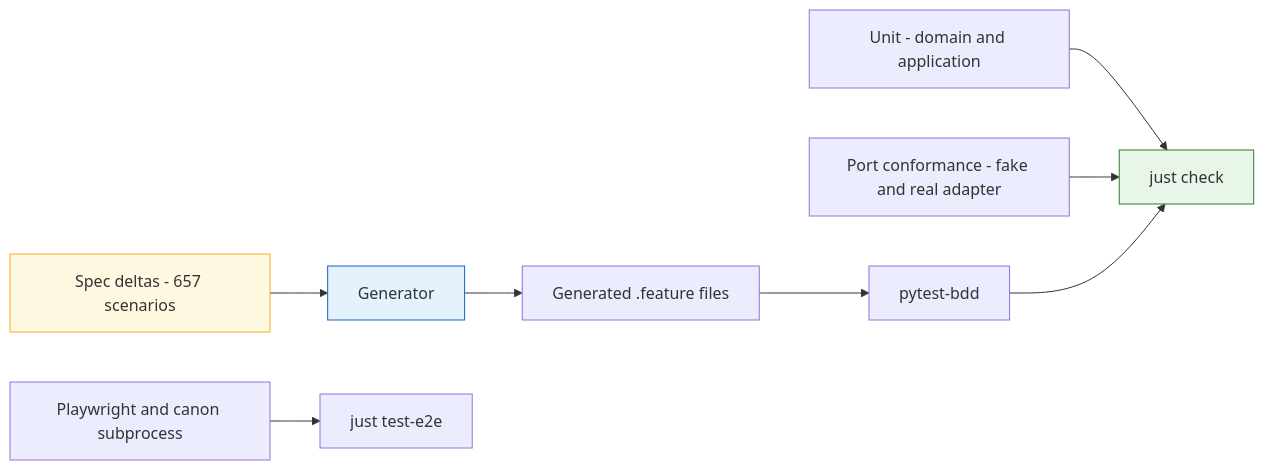
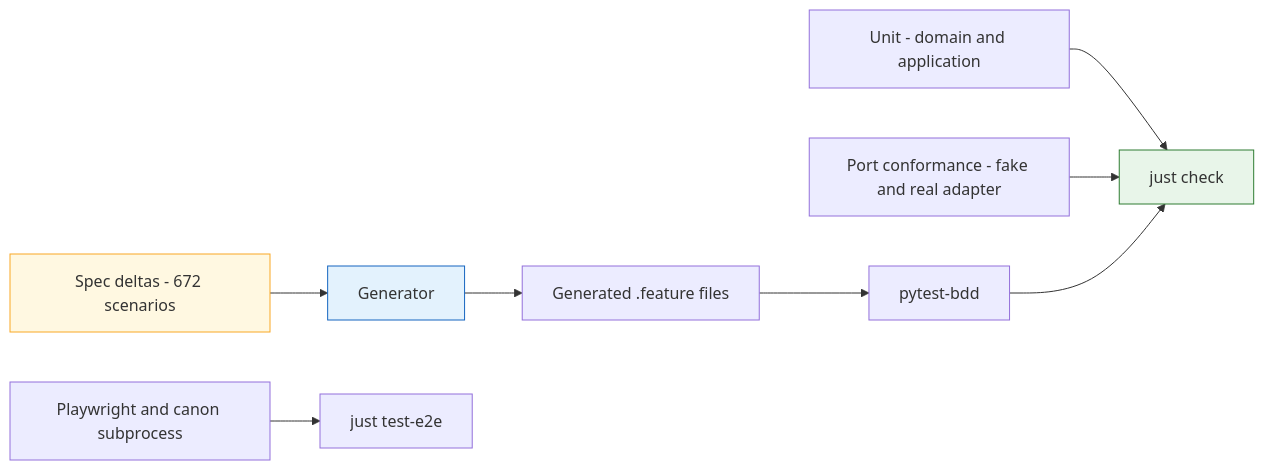
One commit to CyberdyneCorp/CyberCannon changed the ninth of 9 diagrams in README.md. Above: the diagram before and after it, drawn with Mermaid. The commit also changed 2 other files, not shown here.

Commit message:
Pin every stated scenario count to the corpus that generates it (#16)
Three documents state the size of the spec corpus in prose, and all three
were wrong. `openspec/project.md` said 670 against a corpus of 672 -- CI
caught that one. `README.md` and `ROADMAP.md` still said 657, which nothing
checked, and the roadmap's line therefore read as 442 of 566 tasks when the
real figure is 575 of 585: a reader would have taken the project for 78%
done when it is 98%.

A hand-maintained number next to a generated one drifts silently, and a
reader has no way to tell a stale count from a current one. So rather than
correct three numbers and wait for them to rot, the traceability gate now
compares every document that states the count against the report `just
check` regenerates -- against the corpus rather than against each other,
which would let all three be wrong together.

Restoring a stale value now fails the build naming the file and both
numbers.

````diff
--- a/README.md
+++ b/README.md
@@ -832,14 +832,14 @@
 ```mermaid
 graph LR
-    SPECS["Spec deltas - 657 scenarios"] --> GEN["Generator"]
+    SPECS["Spec deltas - 672 scenarios"] --> GEN["Generator"]
     GEN --> FEAT["Generated .feature files"]
     FEAT --> BDD["pytest-bdd"]
     UNIT["Unit - domain and application"] --> CHECK["just check"]
     CONF["Port conformance - fake and real adapter"] --> CHECK
     BDD --> CHECK
     E2E["Playwright and canon subprocess"] --> SEP["just test-e2e"]
 
     style SPECS fill:#FFF8E1,stroke:#F9A825
     style GEN fill:#E3F2FD,stroke:#1565C0
     style CHECK fill:#E8F5E9,stroke:#2E7D32
 ```
````
